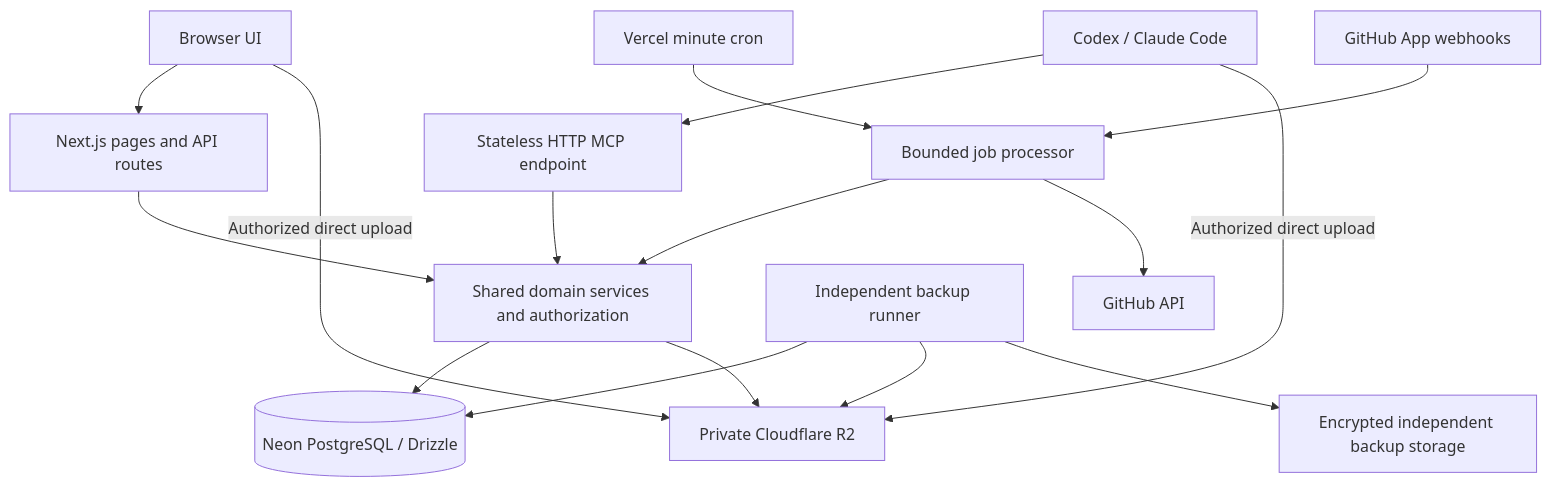
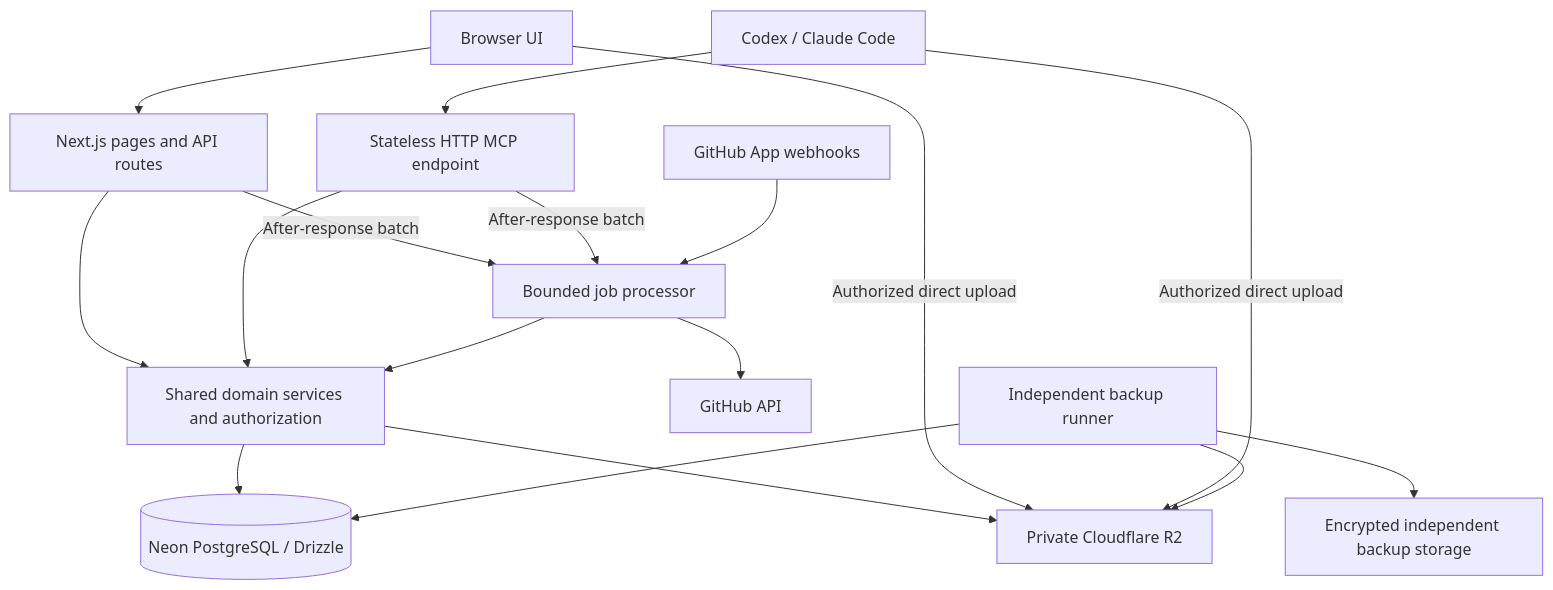
One commit to NagaSaiRakshith2905/zenshin changed the diagram in docs/ARCHITECTURE.md. Above: the diagram before and after it, drawn with Mermaid. The commit also changed other lines of this file and 7 other files, not shown here.

Commit message:
Replace minute cron with on-demand refresh and after-request jobs

````diff
--- a/docs/ARCHITECTURE.md
+++ b/docs/ARCHITECTURE.md
@@ -7,18 +7,19 @@
 ```mermaid
 flowchart TD
   Browser[Browser UI] --> Web[Next.js pages and API routes]
   Agents[Codex / Claude Code] --> MCP[Stateless HTTP MCP endpoint]
   Web --> Services[Shared domain services and authorization]
   MCP --> Services
   Services --> DB[(Neon PostgreSQL / Drizzle)]
   Services --> R2[Private Cloudflare R2]
   Browser -->|Authorized direct upload| R2
   Agents -->|Authorized direct upload| R2
-  Cron[Vercel minute cron] --> Jobs[Bounded job processor]
+  Web -->|After-response batch| Jobs[Bounded job processor]
+  MCP -->|After-response batch| Jobs
   GitHub[GitHub App webhooks] --> Jobs
   Jobs --> Services
   Jobs --> GHAPI[GitHub API]
   Backup[Independent backup runner] --> DB
   Backup --> R2
   Backup --> Vault[Encrypted independent backup storage]
 ```
````
